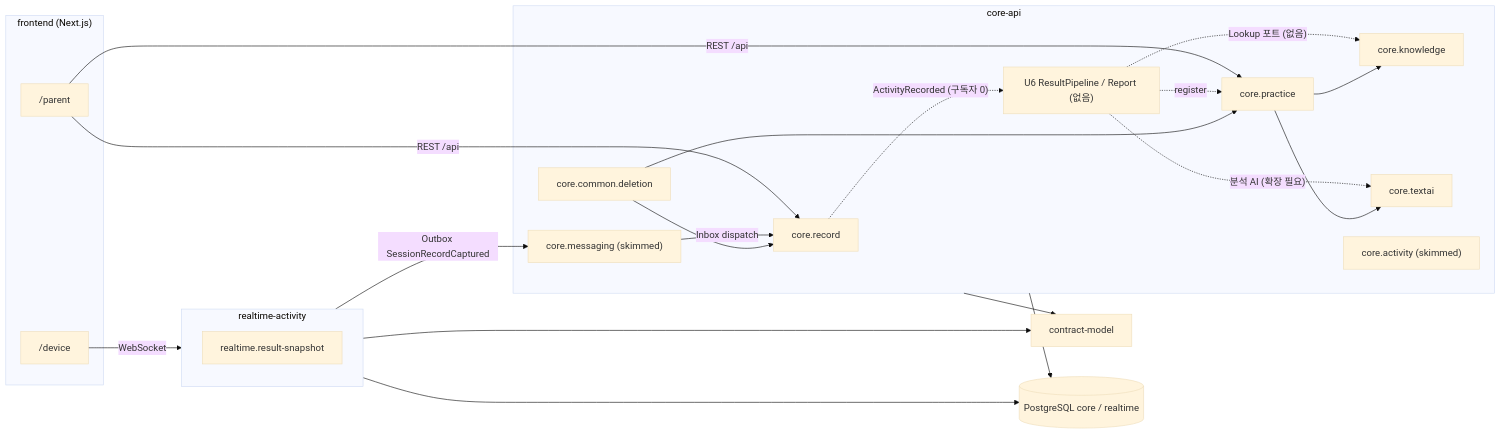
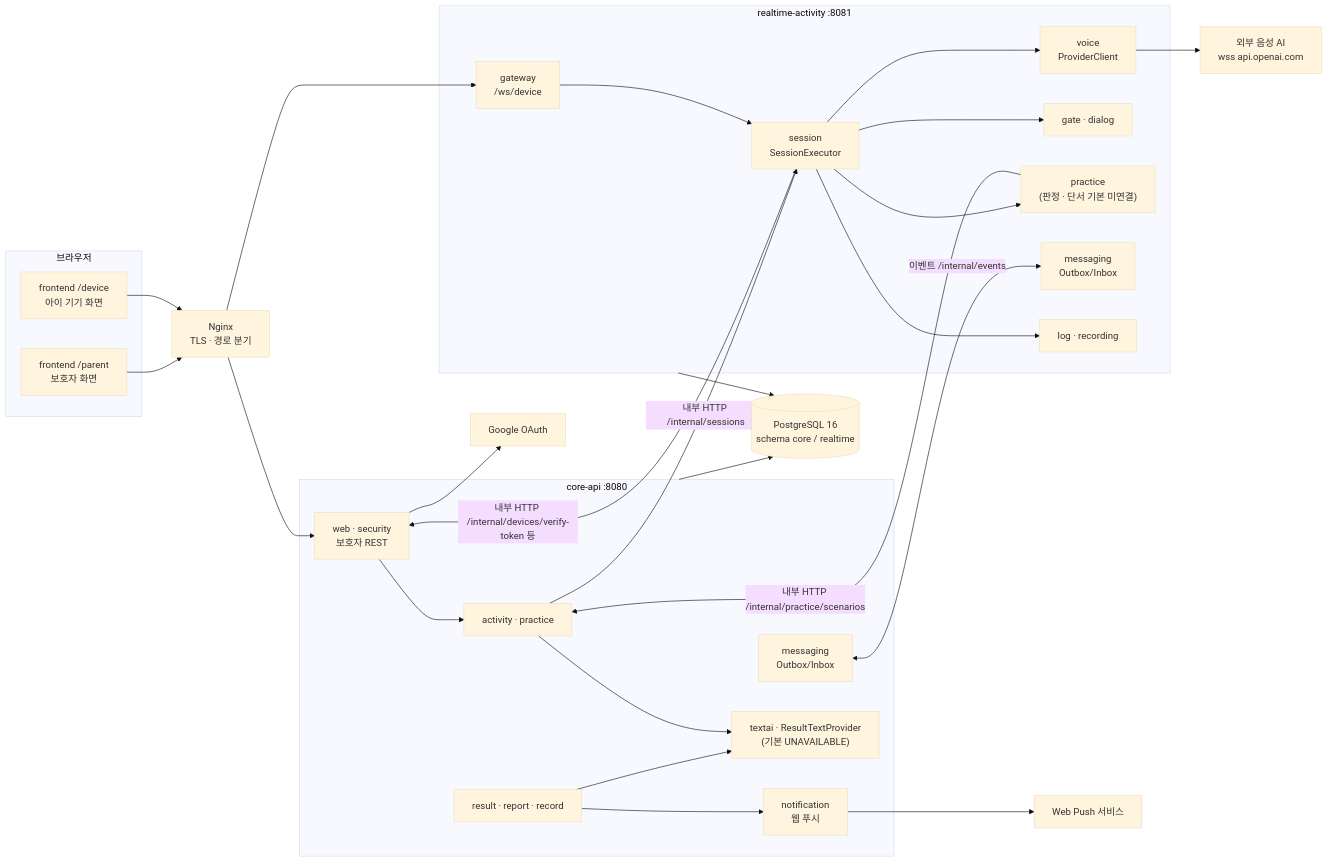
One commit to team-jomyung/mujungi changed the first of 4 diagrams in aidlc/spaces/default/codekb/mujungi/architecture.md. Above: the diagram before and after it, drawn with Mermaid (base theme). The commit also changed other lines of this file and 138 other files, not shown here.

````diff
--- a/aidlc/spaces/default/codekb/mujungi/architecture.md
+++ b/aidlc/spaces/default/codekb/mujungi/architecture.md
@@ -27,40 +29,51 @@
 ```mermaid
 flowchart LR
-  subgraph FE["frontend (Next.js)"]
-    P["/parent"]
-    D["/device"]
-  end
-  subgraph CORE["core-api"]
-    REC["core.record"]
-    PRA["core.practice"]
-    KNO["core.knowledge"]
-    TAI["core.textai"]
-    DEL["core.common.deletion"]
-    MSG["core.messaging (skimmed)"]
-    ACT["core.activity (skimmed)"]
-    U6["U6 ResultPipeline / Report (없음)"]
-  end
-  subgraph RT["realtime-activity"]
-    SES["realtime.result-snapshot"]
-  end
-  CM["contract-model"]
-  DB[("PostgreSQL core / realtime")]
-
-  P -->|"REST /api"| REC
-  P -->|"REST /api"| PRA
-  D -->|"WebSocket"| RT
-  RT -->|"Outbox SessionRecordCaptured"| MSG
-  MSG -->|"Inbox dispatch"| REC
-  REC -.->|"ActivityRecorded (구독자 0)"| U6
-  U6 -.->|"register"| PRA
-  U6 -.->|"Lookup 포트 (없음)"| KNO
-  U6 -.->|"분석 AI (확장 필요)"| TAI
-  PRA --> KNO
-  PRA --> TAI
-  DEL --> REC
-  DEL --> PRA
-  CORE --> CM
-  RT --> CM
-  CORE --> DB
-  RT --> DB
+    subgraph Browser["브라우저"]
+        P["frontend /parent<br/>보호자 화면"]
+        D["frontend /device<br/>아이 기기 화면"]
+    end
+    N["Nginx<br/>TLS · 경로 분기"]
+    subgraph Core["core-api :8080"]
+        CW["web · security<br/>보호자 REST"]
+        CA["activity · practice"]
+        CR["result · report · record"]
+        CN["notification<br/>웹 푸시"]
+        CM["messaging<br/>Outbox/Inbox"]
+        CT["textai · ResultTextProvider<br/>(기본 UNAVAILABLE)"]
+    end
+    subgraph RT["realtime-activity :8081"]
+        RG["gateway<br/>/ws/device"]
+        RS["session<br/>SessionExecutor"]
+        RV["voice<br/>ProviderClient"]
+        RGT["gate · dialog"]
+        RP["practice<br/>(판정 · 단서 기본 미연결)"]
+        RM["messaging<br/>Outbox/Inbox"]
+        RL["log · recording"]
+    end
+    DB[("PostgreSQL 16<br/>schema core / realtime")]
+    VP["외부 음성 AI<br/>wss api.openai.com"]
+    G["Google OAuth"]
+    WP["Web Push 서비스"]
+    P --> N
+    D --> N
+    N --> CW
+    N --> RG
+    CW --> CA
+    CA -- "내부 HTTP /internal/sessions" --> RS
+    RS -- "내부 HTTP /internal/devices/verify-token 등" --> CW
+    RP -- "내부 HTTP /internal/practice/scenarios" --> CA
+    RG --> RS
+    RS --> RV
+    RS --> RGT
+    RS --> RP
+    RS --> RL
+    RV --> VP
+    CM <-->|"이벤트 /internal/events"| RM
+    CR --> CT
+    CA --> CT
+    CR --> CN
+    CN --> WP
+    CW --> G
+    Core --> DB
+    RT --> DB
 ```
````
